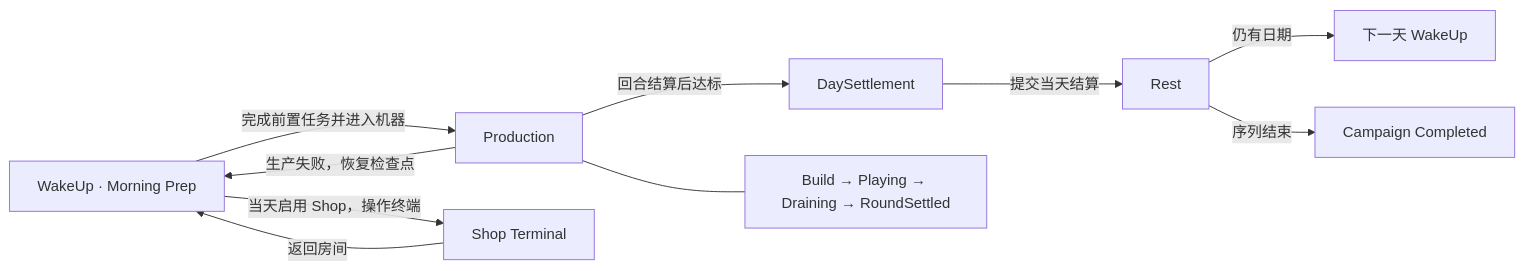
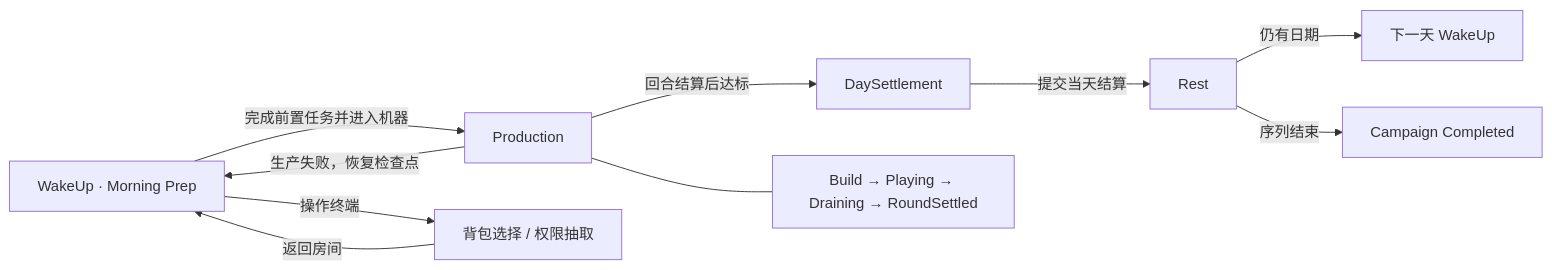
The diagram in Assets/Docs/DayFramework_Architecture.md (Baoste/MarbleRoguelikeGame), drawn with Mermaid before and after one commit. The commit also changed other lines of this file and 215 other files, not shown here.

````diff
--- a/Assets/Docs/DayFramework_Architecture.md
+++ b/Assets/Docs/DayFramework_Architecture.md
@@ -5,12 +5,12 @@
 ```mermaid
 flowchart LR
     W["WakeUp · Morning Prep"] -->|"完成前置任务并进入机器"| P["Production"]
-    W -->|"当天启用 Shop，操作终端"| H["Shop Terminal"]
+    W -->|"操作终端"| H["背包选择 / 权限抽取"]
     H -->|"返回房间"| W
     P -->|"回合结算后达标"| S["DaySettlement"]
     S -->|"提交当天结算"| R["Rest"]
     R -->|"仍有日期"| N["下一天 WakeUp"]
     R -->|"序列结束"| C["Campaign Completed"]
     P -->|"生产失败，恢复检查点"| W
     P --- Q["Build → Playing → Draining → RoundSettled"]
 ```
````
